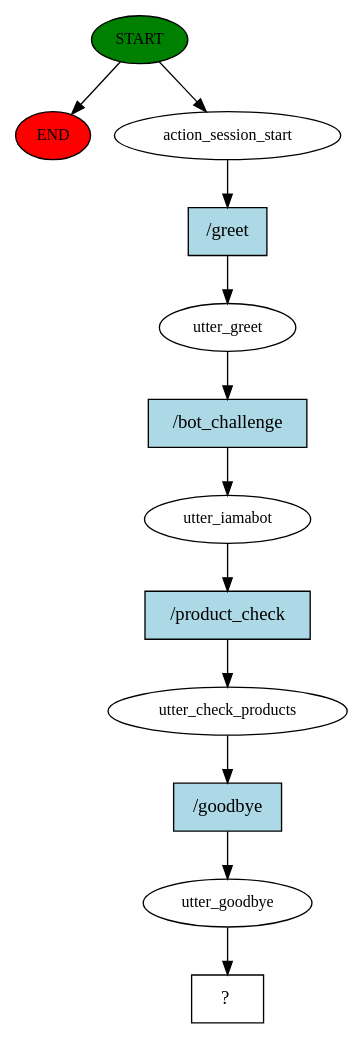
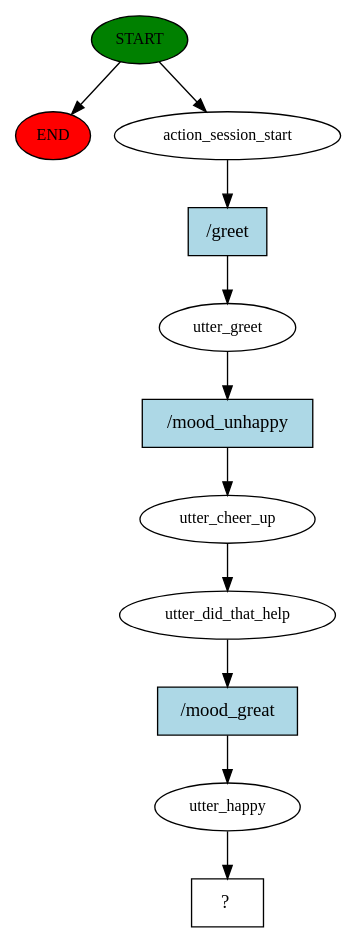
Before and after one commit to Buddhima-JD3/Salesmanbot: the diagram in chatbot/story_graph.dot, drawn with Graphviz. The commit also changed 3 other files, not shown here.

```diff
--- a/chatbot/story_graph.dot
+++ b/chatbot/story_graph.dot
@@ -1,25 +1,23 @@
 digraph  {
 0 [class="start active", fillcolor=green, fontsize=12, label=START, style=filled];
 "-1" [class=end, fillcolor=red, fontsize=12, label=END, style=filled];
 1 [class=active, fontsize=12, label=action_session_start];
 2 [class=active, fontsize=12, label=utter_greet];
-3 [class=active, fontsize=12, label=utter_iamabot];
-4 [class=active, fontsize=12, label=utter_check_products];
-5 [class=active, fontsize=12, label=utter_goodbye];
+3 [class=active, fontsize=12, label=utter_cheer_up];
+4 [class=active, fontsize=12, label=utter_did_that_help];
+5 [class=active, fontsize=12, label=utter_happy];
 6 [class="intent dashed active", label="  ?  ", shape=rect];
 7 [class="intent active", fillcolor=lightblue, label="/greet", shape=rect, style=filled];
-8 [class="intent active", fillcolor=lightblue, label="/bot_challenge", shape=rect, style=filled];
-9 [class="intent active", fillcolor=lightblue, label="/product_check", shape=rect, style=filled];
-10 [class="intent active", fillcolor=lightblue, label="/goodbye", shape=rect, style=filled];
+8 [class="intent active", fillcolor=lightblue, label="/mood_unhappy", shape=rect, style=filled];
+9 [class="intent active", fillcolor=lightblue, label="/mood_great", shape=rect, style=filled];
 0 -> "-1"  [class="", key=NONE, label=""];
 0 -> 1  [class=active, key=NONE, label=""];
 1 -> 7  [class=active, key=0];
 2 -> 8  [class=active, key=0];
-3 -> 9  [class=active, key=0];
-4 -> 10  [class=active, key=0];
+3 -> 4  [class=active, key=NONE, label=""];
+4 -> 9  [class=active, key=0];
 5 -> 6  [class=active, key=NONE, label=""];
 7 -> 2  [class=active, key=0];
 8 -> 3  [class=active, key=0];
-9 -> 4  [class=active, key=0];
-10 -> 5  [class=active, key=0];
+9 -> 5  [class=active, key=0];
 }
```
